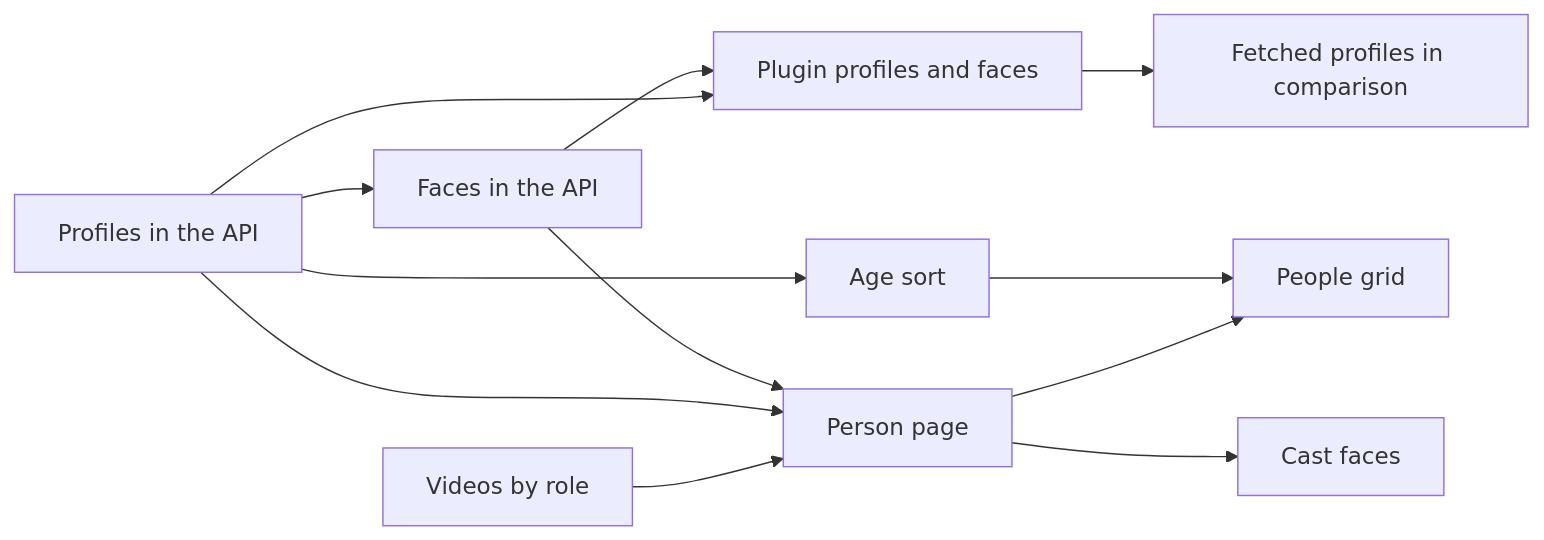
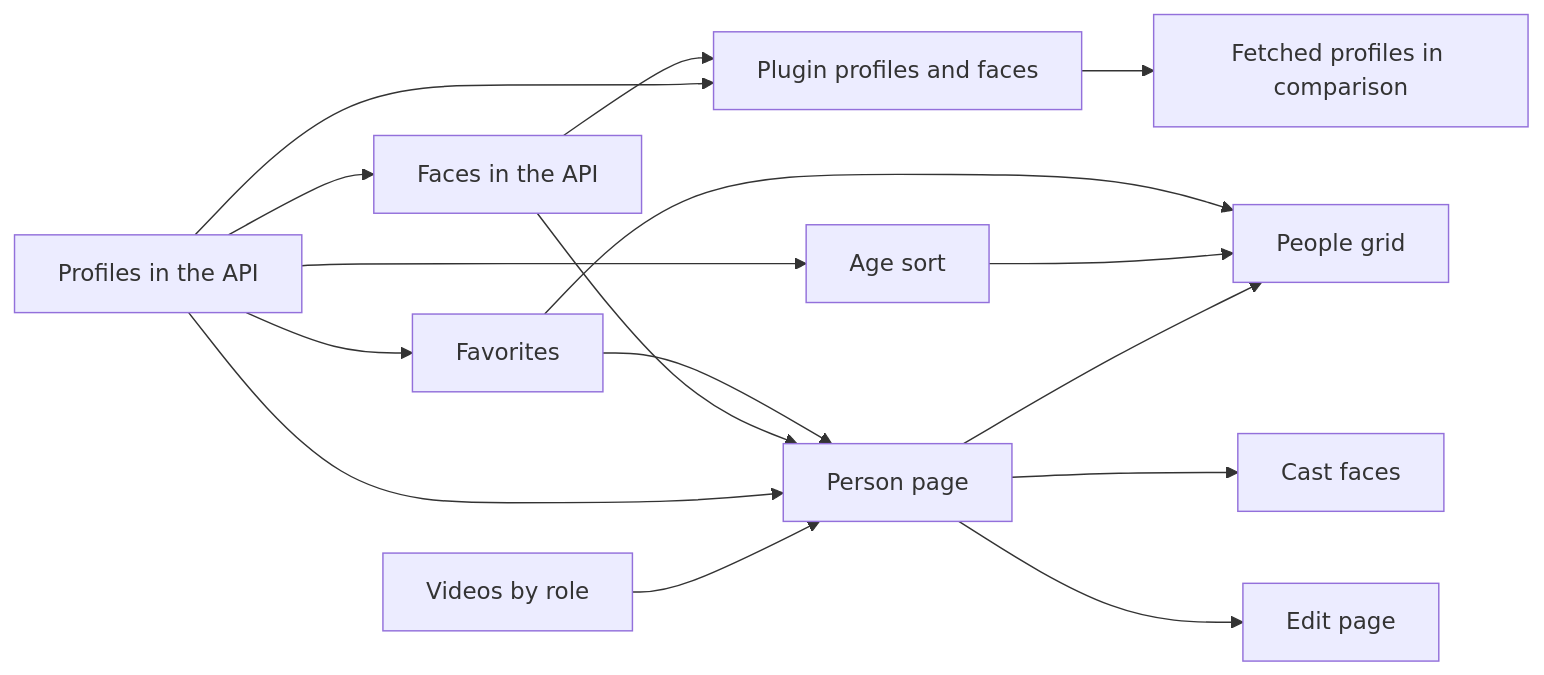
The diagram in specs/060-person-profiles/plan.md (syudead/vv), drawn with Mermaid before and after one commit. The commit also changed other lines of this file and 4 other files, not shown here.

First line of the commit message:
design: round face cards, person favorites and one edit page

````diff
--- a/specs/060-person-profiles/plan.md
+++ b/specs/060-person-profiles/plan.md
@@ -105,14 +105,18 @@
 ```mermaid
 flowchart LR
   u1[Profiles in the API] --> u2[Faces in the API]
   u1 --> u3[Age sort]
   u1 --> u4[Plugin profiles and faces]
   u2 --> u4
   u5[Videos by role] --> u6[Person page]
   u1 --> u6
   u2 --> u6
   u6 --> u7[People grid]
   u3 --> u7
   u6 --> u8[Cast faces]
+  u6 --> u10[Edit page]
+  u1 --> u11[Favorites]
+  u11 --> u6
+  u11 --> u7
   u4 --> u9[Fetched profiles in comparison]
 ```
````
